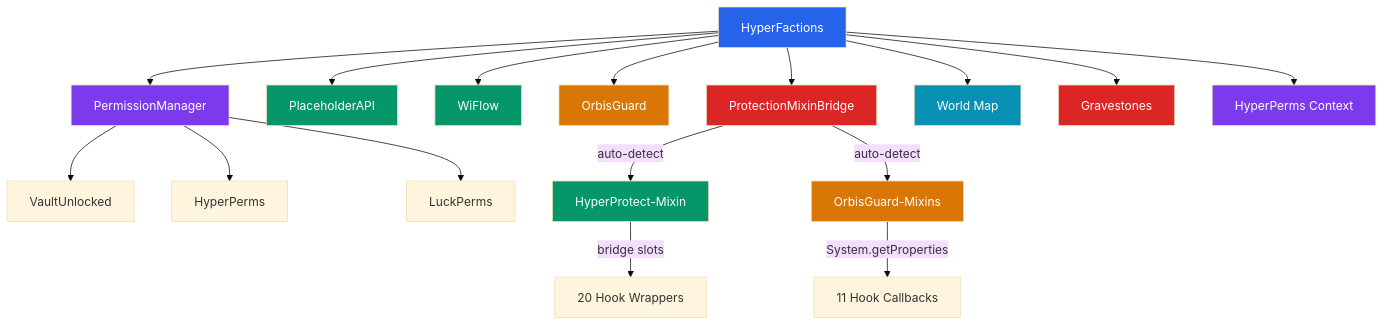
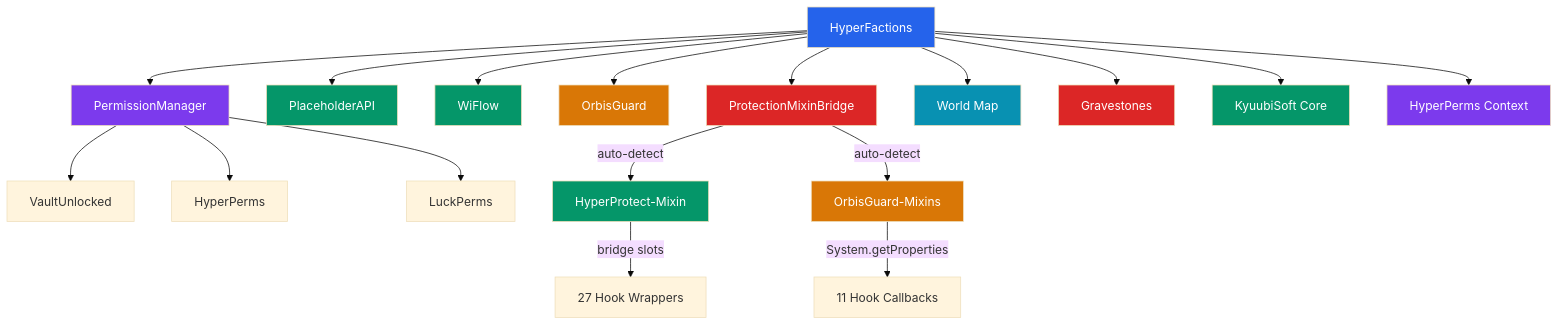
One commit to HyperSystems-Development/HyperFactions changed the first of 2 diagrams in docs/integrations.md. Above: the diagram before and after it, drawn with Mermaid (base theme). The commit also changed other lines of this file and 24 other files, not shown here.

````diff
--- a/docs/integrations.md
+++ b/docs/integrations.md
@@ -27,32 +28,34 @@
 ```mermaid
 graph TD
     HF[HyperFactions] --> PM[PermissionManager]
     HF --> PAPI[PlaceholderAPI]
     HF --> WF[WiFlow]
     HF --> OG[OrbisGuard]
     HF --> PMB[ProtectionMixinBridge]
     HF --> WM[World Map]
     HF --> GS[Gravestones]
+    HF --> KS[KyuubiSoft Core]
     HF --> HPC[HyperPerms Context]
 
     PM --> VU[VaultUnlocked]
     PM --> HPP[HyperPerms]
     PM --> LP[LuckPerms]
 
     PMB -->|auto-detect| HPM[HyperProtect-Mixin]
     PMB -->|auto-detect| OGM[OrbisGuard-Mixins]
-    HPM -->|bridge slots| HPHooks[20 Hook Wrappers]
+    HPM -->|bridge slots| HPHooks[27 Hook Wrappers]
     OGM -->|System.getProperties| OGHooks[11 Hook Callbacks]
 
     style HF fill:#2563eb,color:#fff
     style PM fill:#7c3aed,color:#fff
     style PAPI fill:#059669,color:#fff
     style WF fill:#059669,color:#fff
     style OG fill:#d97706,color:#fff
     style PMB fill:#dc2626,color:#fff
     style HPM fill:#059669,color:#fff
     style OGM fill:#d97706,color:#fff
     style WM fill:#0891b2,color:#fff
     style GS fill:#dc2626,color:#fff
+    style KS fill:#059669,color:#fff
     style HPC fill:#7c3aed,color:#fff
 ```
````
